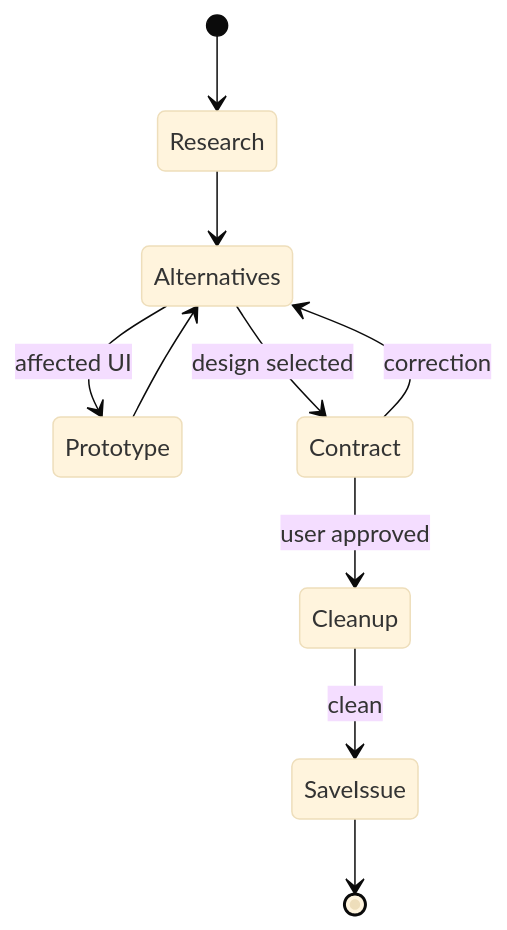
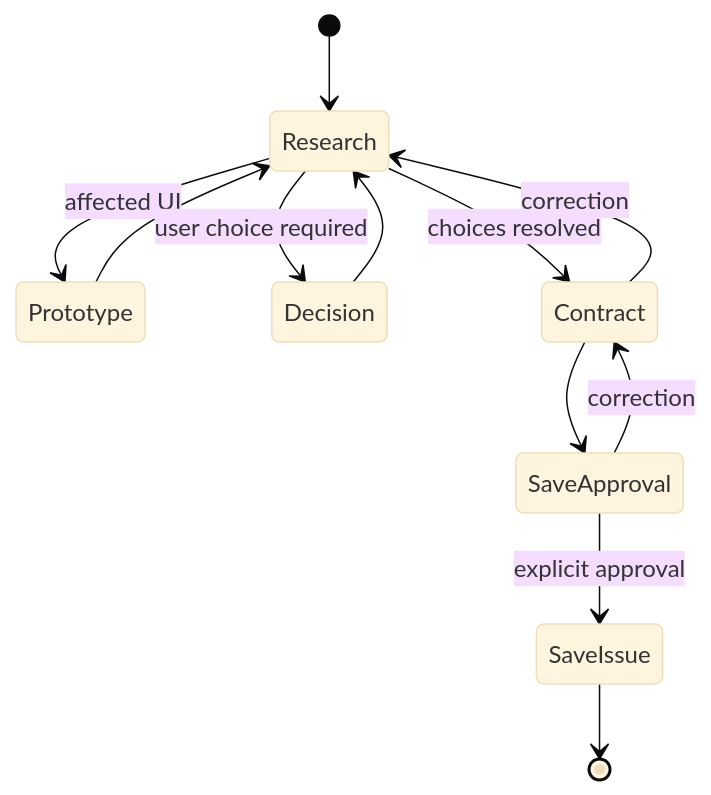
The diagram in .agents/skills/planning/SKILL.md (MP281X/ai-toolkit), drawn with Mermaid (base theme) before and after one commit. The commit also changed other lines of this file and 1 other file, not shown here.

````diff
--- a/.agents/skills/planning/SKILL.md
+++ b/.agents/skills/planning/SKILL.md
@@ -8,12 +8,14 @@
 ```mermaid
 stateDiagram-v2
     [*] --> Research
-    Research --> Alternatives
-    Alternatives --> Prototype: affected UI
-    Prototype --> Alternatives
-    Alternatives --> Contract: design selected
-    Contract --> Alternatives: correction
-    Contract --> Cleanup: user approved
-    Cleanup --> SaveIssue: clean
+    Research --> Prototype: affected UI
+    Prototype --> Research
+    Research --> Decision: user choice required
+    Decision --> Research
+    Research --> Contract: choices resolved
+    Contract --> Research: correction
+    Contract --> SaveApproval
+    SaveApproval --> Contract: correction
+    SaveApproval --> SaveIssue: explicit approval
     SaveIssue --> [*]
 ```
````
